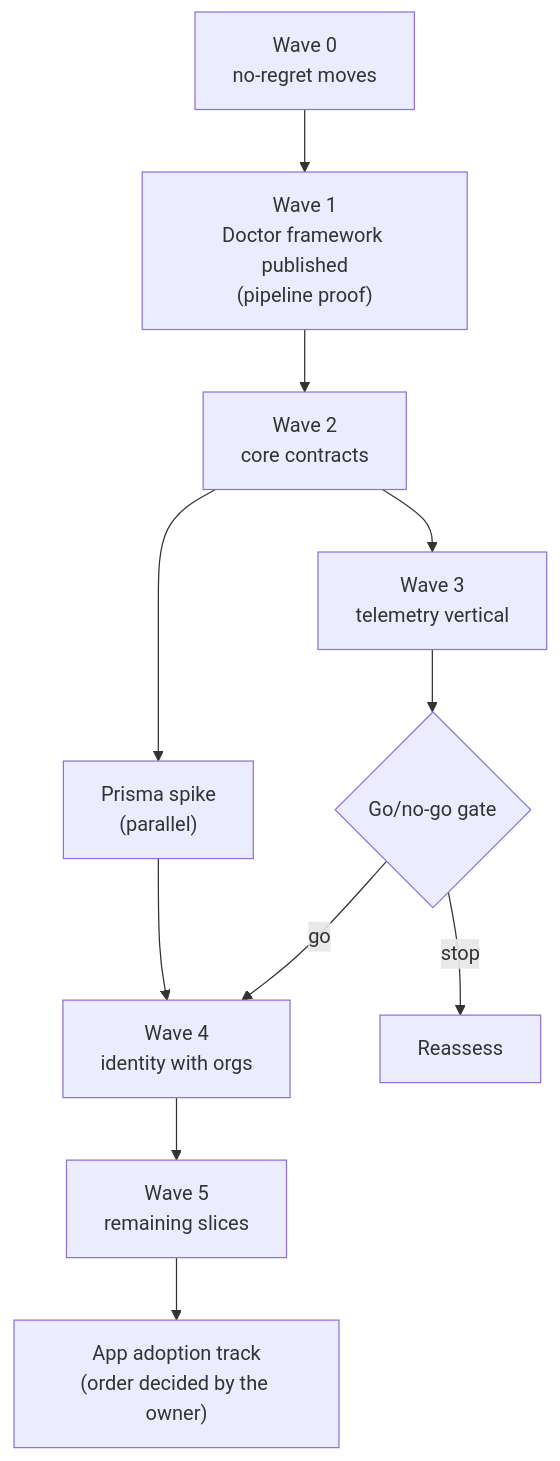
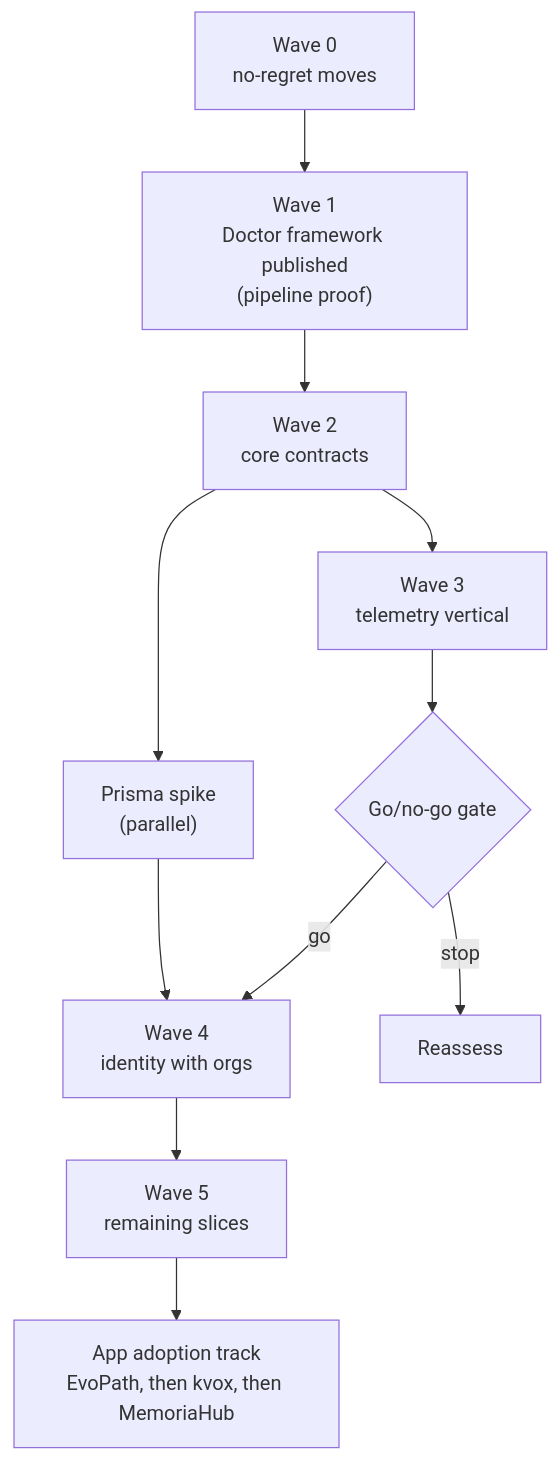
The eighth of 8 diagrams in docs/specs/platform-packages.md (marinoscar/EnterpriseAppBase), drawn with Mermaid before and after one commit. The commit also changed other lines of this file, not shown here.

First line of the commit message:
docs(docs): record adoption order, program tracking and drafting corrections

````diff
--- a/docs/specs/platform-packages.md
+++ b/docs/specs/platform-packages.md
@@ -986,13 +990,13 @@
 ```mermaid
 flowchart TD
   w0["Wave 0<br/>no-regret moves"] --> w1["Wave 1<br/>Doctor framework published<br/>(pipeline proof)"]
   w1 --> w2["Wave 2<br/>core contracts"]
   w2 --> w3["Wave 3<br/>telemetry vertical"]
   w3 --> gate{"Go/no-go gate"}
   gate -->|"go"| w4["Wave 4<br/>identity with orgs"]
   gate -->|"stop"| stop["Reassess"]
   w2 --> spike["Prisma spike<br/>(parallel)"]
   spike --> w4
   w4 --> w5["Wave 5<br/>remaining slices"]
-  w5 --> track["App adoption track<br/>(order decided by the owner)"]
+  w5 --> track["App adoption track<br/>EvoPath, then kvox, then MemoriaHub"]
 ```
````
